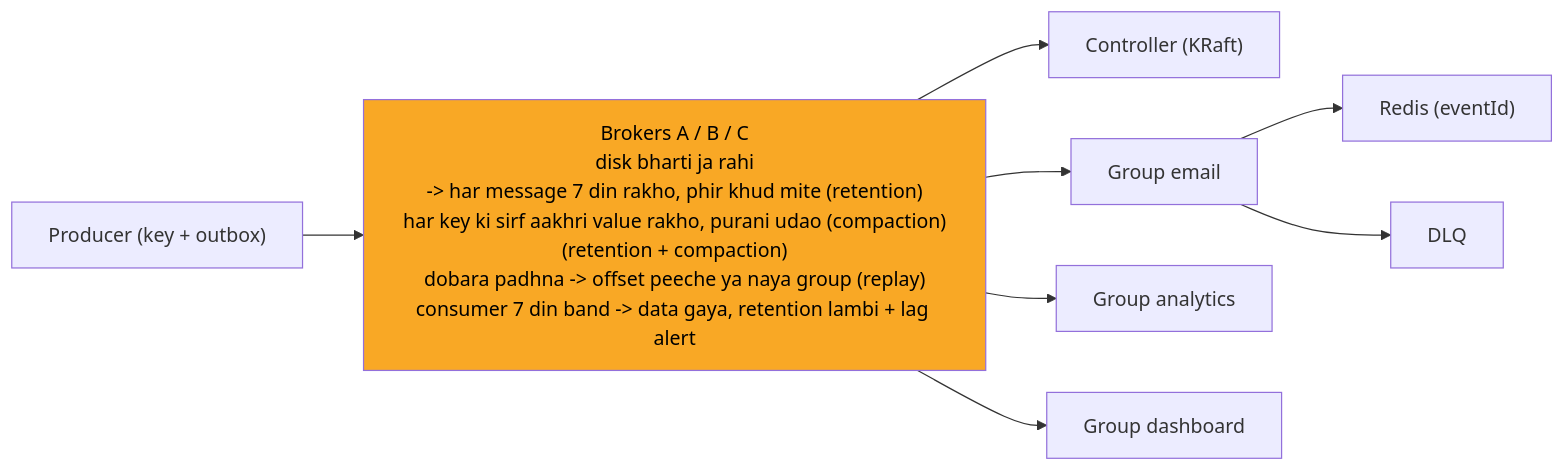
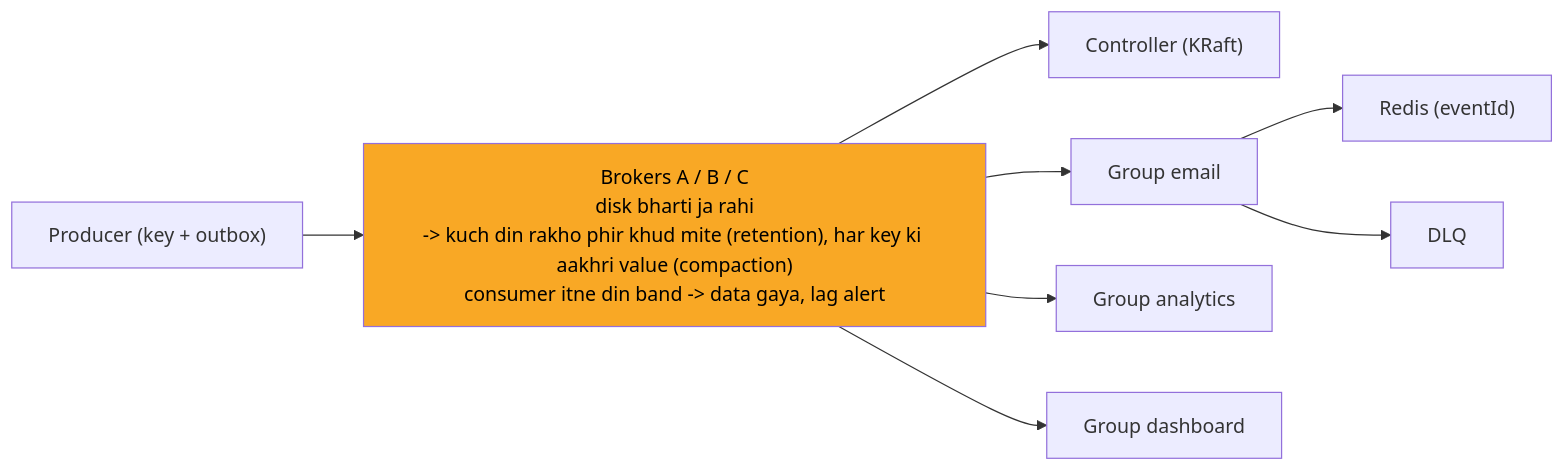
One commit to ArpanMaheshwari144/Prep changed the diagram in 04_HLD/SYSTEM_DESIGNS/12_message_queue_kafka/img/c10.mmd. Above: the diagram before and after it, drawn with Mermaid. The commit also changed 182 other files, not shown here.

```diff
--- a/04_HLD/SYSTEM_DESIGNS/12_message_queue_kafka/img/c10.mmd
+++ b/04_HLD/SYSTEM_DESIGNS/12_message_queue_kafka/img/c10.mmd
@@ -1,18 +1,18 @@
 %%{init: {"flowchart": {"wrappingWidth": 450}}}%%
 flowchart LR
     n_P["Producer (key + outbox)"]
-    n_B["Brokers A / B / C<br/>disk bharti ja rahi<br/>-> har message 7 din rakho, phir khud mite (retention)<br/>har key ki sirf aakhri value rakho, purani udao (compaction)<br/>(retention + compaction)<br/>dobara padhna -> offset peeche ya naya group (replay)<br/>consumer 7 din band -> data gaya, retention lambi + lag alert"]
+    n_B["Brokers A / B / C<br/>disk bharti ja rahi<br/>-> kuch din rakho phir khud mite (retention), har key ki aakhri value (compaction)<br/>consumer itne din band -> data gaya, lag alert"]
     n_K["Controller (KRaft)"]
     n_GE["Group email"]
     n_R["Redis (eventId)"]
     n_DLQ["DLQ"]
     n_GA["Group analytics"]
     n_GD["Group dashboard"]
     n_P --> n_B
     n_B --> n_K
     n_B --> n_GE
     n_B --> n_GA
     n_B --> n_GD
     n_GE --> n_R
     n_GE --> n_DLQ
     style n_B fill:#f9a825,color:#000
```
